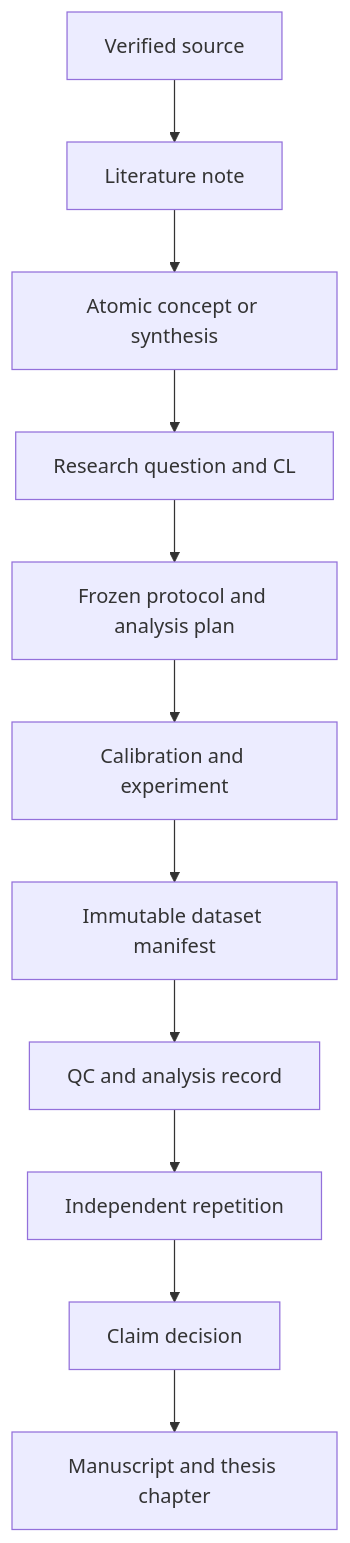
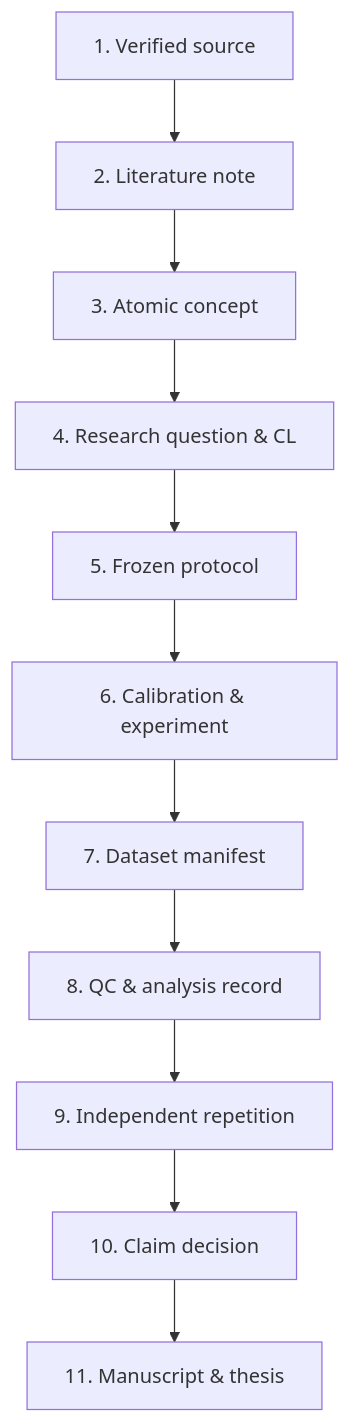
The diagram in src/site/notes/_System/Research Methodology & Workflows.md (sakalmic/Obsidian-PhD), drawn with Mermaid before and after one commit. The commit also changed other lines of this file and 2 other files, not shown here.

Commit message:
feat: add compact workflow alternatives and optimize mermaid styling

````diff
--- a/src/site/notes/_System/Research Methodology & Workflows.md
+++ b/src/site/notes/_System/Research Methodology & Workflows.md
@@ -29,13 +74,13 @@
 ```mermaid
 flowchart TB
-    A[Verified source] --> B[Literature note]
-    B --> C[Atomic concept or synthesis]
-    C --> D[Research question and CL]
-    D --> E[Frozen protocol and analysis plan]
-    E --> F[Calibration and experiment]
-    F --> G[Immutable dataset manifest]
-    G --> H[QC and analysis record]
-    H --> I[Independent repetition]
-    I --> J[Claim decision]
-    J --> K[Manuscript and thesis chapter]
+    A["1. Verified source"] --> B["2. Literature note"]
+    B --> C["3. Atomic concept"]
+    C --> D["4. Research question & CL"]
+    D --> E["5. Frozen protocol"]
+    E --> F["6. Calibration & experiment"]
+    F --> G["7. Dataset manifest"]
+    G --> H["8. QC & analysis record"]
+    H --> I["9. Independent repetition"]
+    I --> J["10. Claim decision"]
+    J --> K["11. Manuscript & thesis"]
 ```
````
